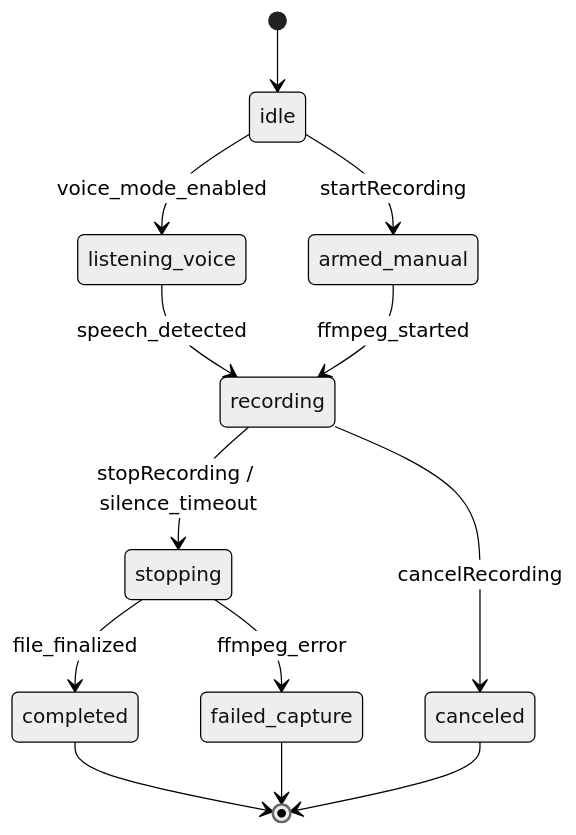
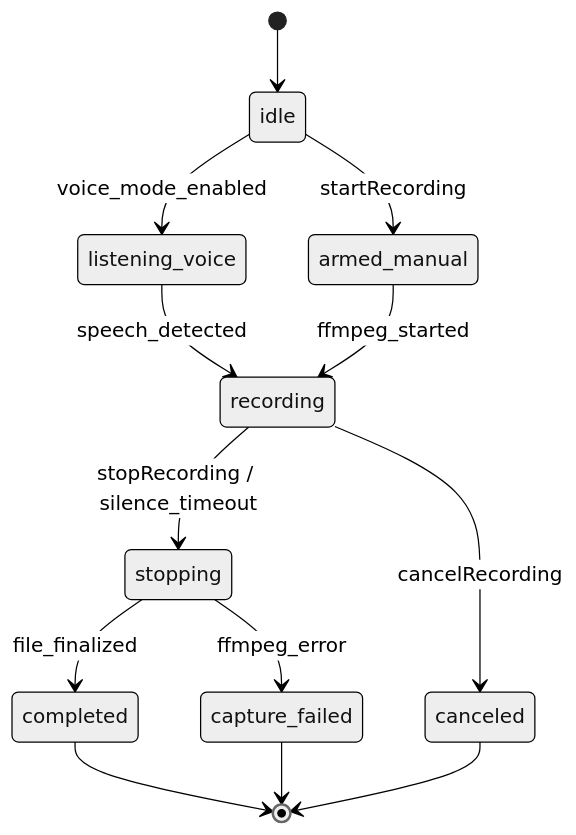
One commit to massun-onibakuchi/speech-to-text-app changed the first of 5 diagrams in specs/ARCTECTURE.md. Above: the diagram before and after it, drawn with Mermaid (neutral theme). The commit also changed other lines of this file, not shown here.

````diff
--- a/specs/ARCTECTURE.md
+++ b/specs/ARCTECTURE.md
@@ -213,15 +221,15 @@
 ```mermaid
 stateDiagram-v2
     [*] --> idle
     idle --> armed_manual: startRecording
     idle --> listening_voice: voice_mode_enabled
     listening_voice --> recording: speech_detected
     armed_manual --> recording: ffmpeg_started
     recording --> stopping: stopRecording / silence_timeout
     stopping --> completed: file_finalized
-    stopping --> failed_capture: ffmpeg_error
+    stopping --> capture_failed: ffmpeg_error
     recording --> canceled: cancelRecording
     completed --> [*]
-    failed_capture --> [*]
+    capture_failed --> [*]
     canceled --> [*]
 ```
````
